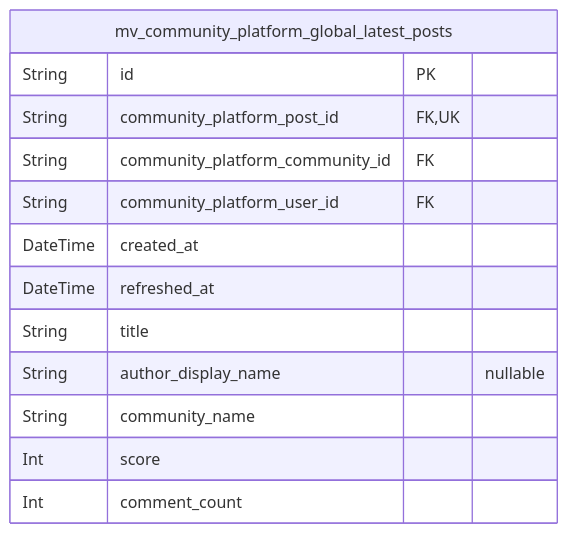
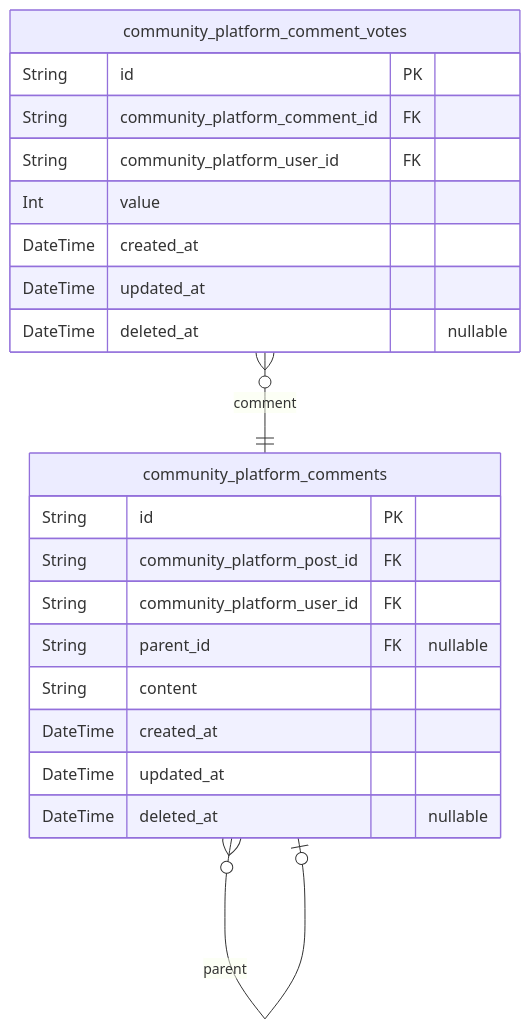
One commit to wrtnlabs/autobe-example-reddit-openai-gpt-5 changed the sixth of 6 diagrams in docs/ERD.md. Above: the diagram before and after it, drawn with Mermaid. The commit also changed other lines of this file and 721 other files, not shown here.

````diff
--- a/docs/ERD.md
+++ b/docs/ERD.md
@@ -946,16 +492,24 @@
 ```mermaid
 erDiagram
-"mv_community_platform_global_latest_posts" {
+"community_platform_comments" {
   String id PK
-  String community_platform_post_id FK,UK
-  String community_platform_community_id FK
+  String community_platform_post_id FK
   String community_platform_user_id FK
+  String parent_id FK "nullable"
+  String content
   DateTime created_at
-  DateTime refreshed_at
-  String title
-  String author_display_name "nullable"
-  String community_name
-  Int score
-  Int comment_count
+  DateTime updated_at
+  DateTime deleted_at "nullable"
 }
+"community_platform_comment_votes" {
+  String id PK
+  String community_platform_comment_id FK
+  String community_platform_user_id FK
+  Int value
+  DateTime created_at
+  DateTime updated_at
+  DateTime deleted_at "nullable"
+}
+"community_platform_comments" }o--o| "community_platform_comments" : parent
+"community_platform_comment_votes" }o--|| "community_platform_comments" : comment
 ```
````
